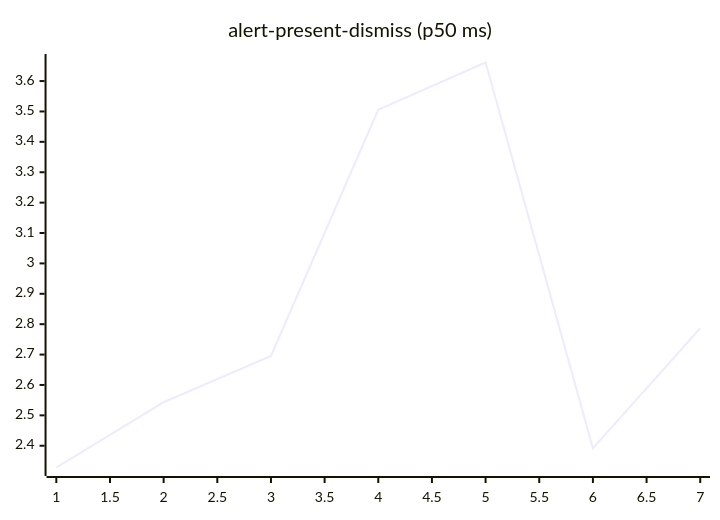
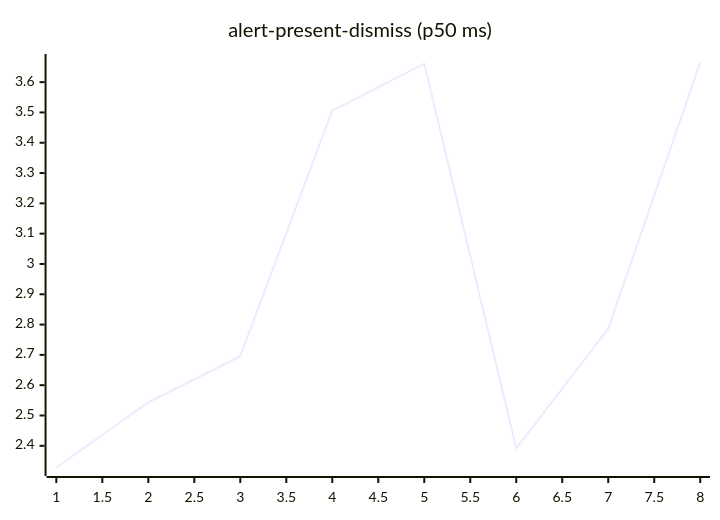
Before and after one commit to josha/Facet: the second of 27 diagrams in README.md, drawn with Mermaid. The commit also changed other lines of this file and 2 other files, not shown here.

````diff
--- a/README.md
+++ b/README.md
@@ -70,6 +70,6 @@
 ```mermaid
 xychart-beta
     title "alert-present-dismiss (p50 ms)"
-    x-axis 1 --> 7
-    line [2.3284, 2.5432, 2.6957, 3.5058, 3.6611, 2.3918, 2.7865]
+    x-axis 1 --> 8
+    line [2.3284, 2.5432, 2.6957, 3.5058, 3.6611, 2.3918, 2.7865, 3.6648]
 ```
````
